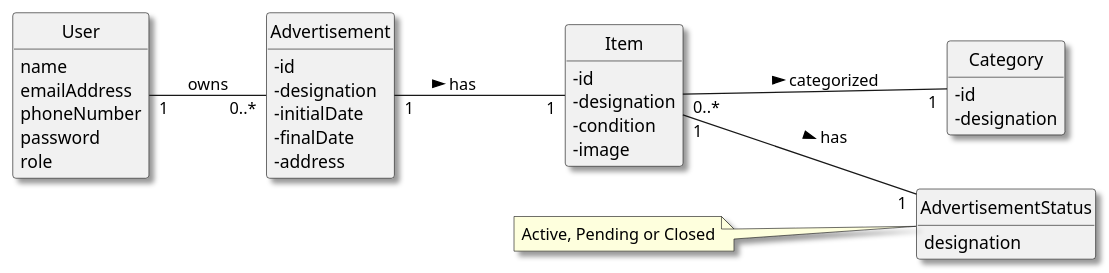
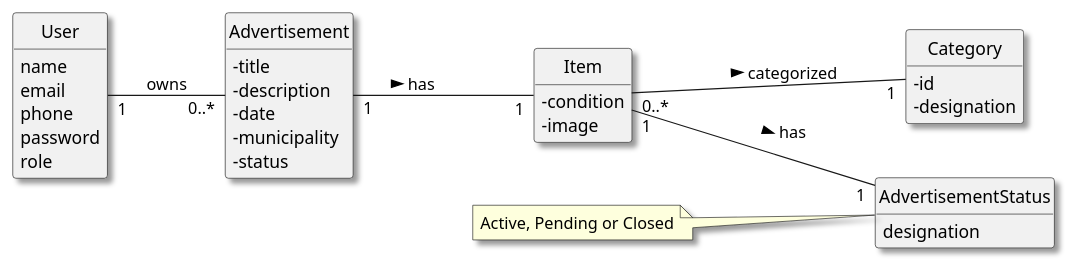
One commit to vivianeaalmeida/ComeAndGet changed the diagram in Docs/US07/02-analysis/US07-DM.puml. Above: the diagram before and after it, drawn with PlantUML. The commit also changed 25 other files, not shown here.

```diff
--- a/Docs/US07/02-analysis/US07-DM.puml
+++ b/Docs/US07/02-analysis/US07-DM.puml
@@ -1,51 +1,49 @@
 @startuml
 skinparam monochrome false
 skinparam packageStyle rectangle
 skinparam shadowing true
 left to right direction
 skinparam classAttributeIconSize 0
 hide circle
 hide methods
 
 class User {
     name
-    emailAddress
-    phoneNumber
+    email
+    phone
     password
     role
 }
 
 class Category {
     - id
     - designation
 }
 
 class Item {
-    - id
-    - designation
     - condition
     - image
 }
 
 class Advertisement {
-    - id
-    - designation
-    - initialDate
-    - finalDate
-    - address
+    - title
+    - description
+    - date
+    - municipality
+    - status
 }
 
 enum AdvertisementStatus {
     designation
 }
 
 note left of AdvertisementStatus
 Active, Pending or Closed
 endnote
 
 ' --- Associações ---
 User "1" -- "0..*" Advertisement : owns
 Advertisement "1" -- "1" Item : has >
 Item "0..*" -- "1" Category: categorized >
 Item "1" -- "1" AdvertisementStatus: has >
 @enduml
```
